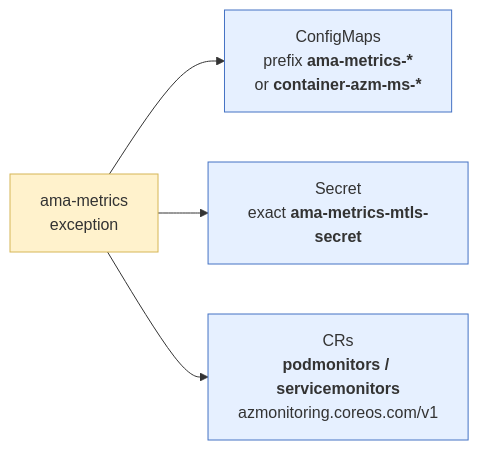
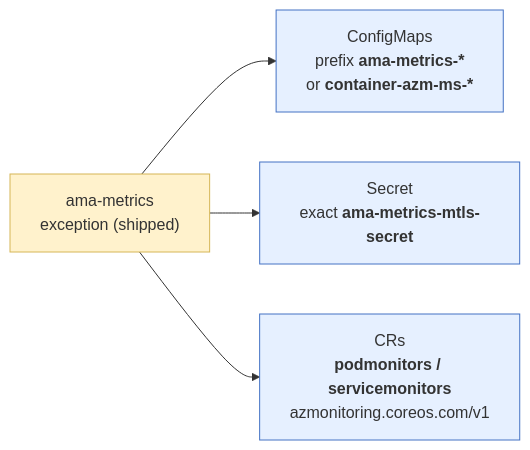
The ninth of 11 diagrams in custom-ns/doc/automatic-investigation/aks-vap-demo-diagrams.md (Azure/prometheus-collector), drawn with Mermaid before and after one commit. The commit also changed other lines of this file, not shown here.

First line of the commit message:
docs(custom-ns): restructure VAP demo diagrams for a cold audience

````diff
--- a/custom-ns/doc/automatic-investigation/aks-vap-demo-diagrams.md
+++ b/custom-ns/doc/automatic-investigation/aks-vap-demo-diagrams.md
@@ -180,11 +228,11 @@
 ```mermaid
 flowchart LR
-    EX["ama-metrics<br/>exception"] --> CM["ConfigMaps<br/>prefix <b>ama-metrics-*</b><br/>or <b>container-azm-ms-*</b>"]
+    EX["ama-metrics<br/>exception (shipped)"] --> CM["ConfigMaps<br/>prefix <b>ama-metrics-*</b><br/>or <b>container-azm-ms-*</b>"]
     EX --> SEC["Secret<br/>exact <b>ama-metrics-mtls-secret</b>"]
     EX --> CR["CRs<br/><b>podmonitors / servicemonitors</b><br/>azmonitoring.coreos.com/v1"]
 
     style EX fill:#fff2cc,stroke:#d6b656
     style CM fill:#e6f0ff,stroke:#4472c4
     style SEC fill:#e6f0ff,stroke:#4472c4
     style CR fill:#e6f0ff,stroke:#4472c4
 ```
````
